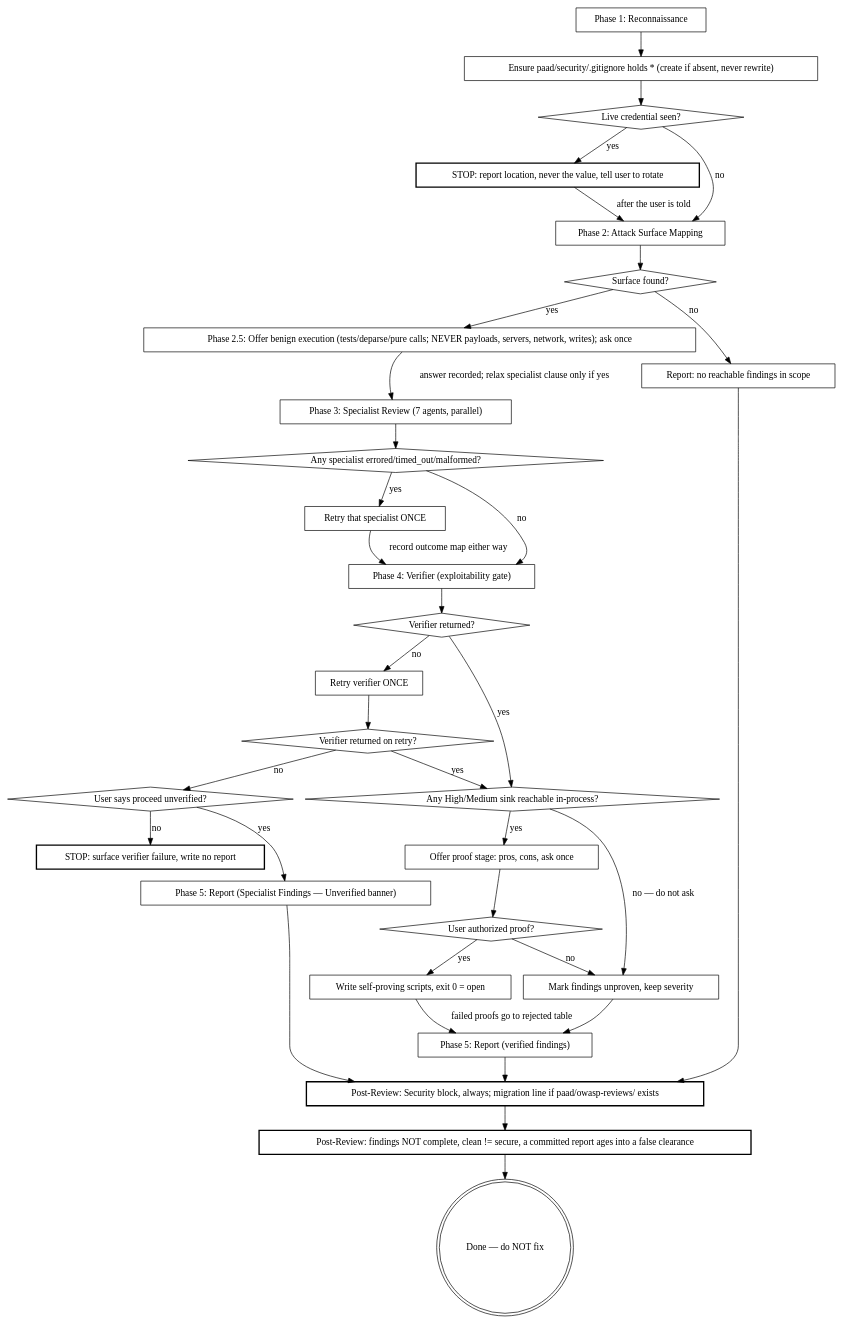
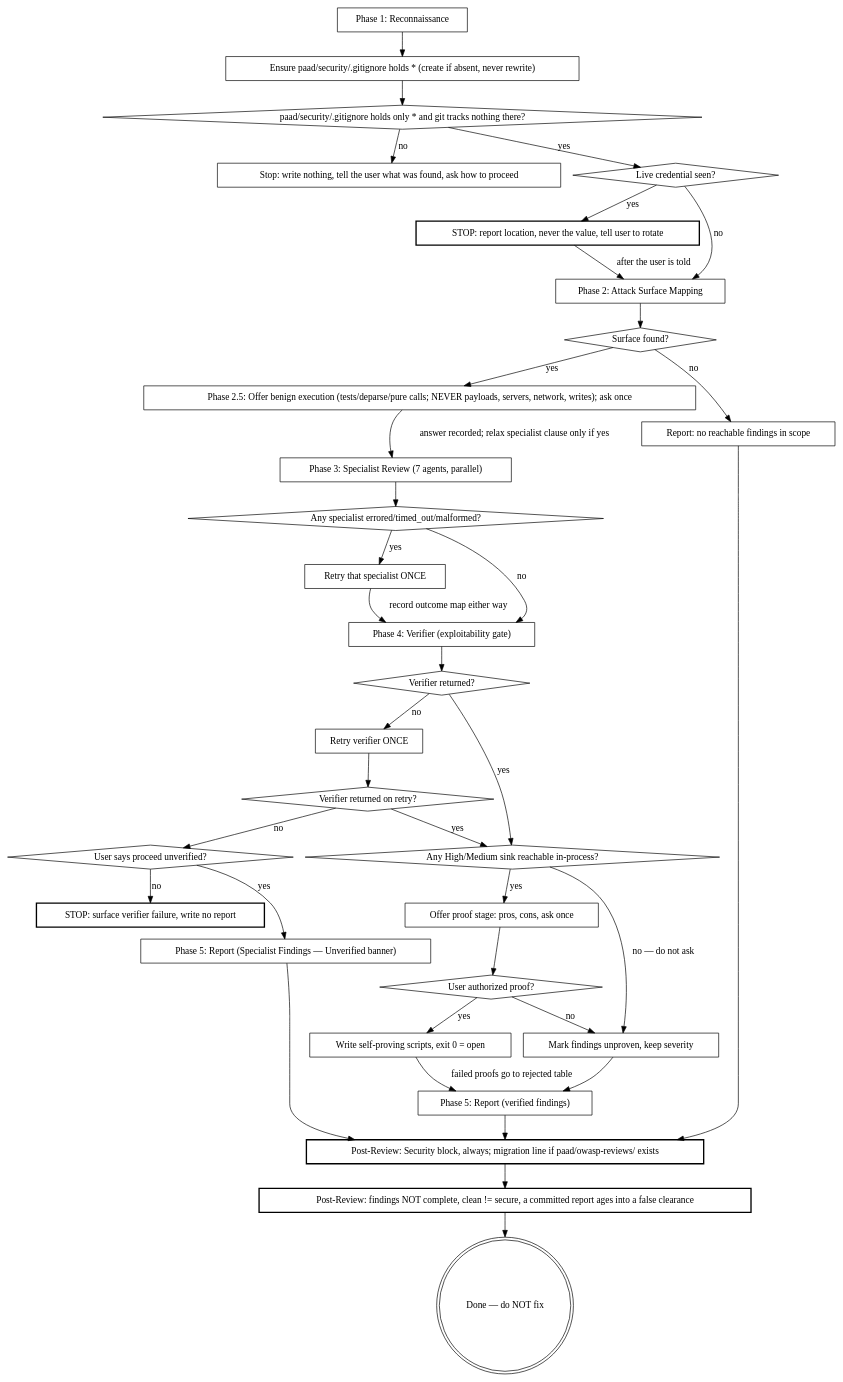
Before and after one commit to Ovid/paad: the second of 3 diagrams in preview/paad/skills/agentic-owasp/SKILL.md, drawn with Graphviz. The commit also changed 5 other files, not shown here.

First line of the commit message:
Producer digraphs: gate every paad/security/ write on the .gitignore check

````diff
--- a/preview/paad/skills/agentic-owasp/SKILL.md
+++ b/preview/paad/skills/agentic-owasp/SKILL.md
@@ -99,65 +99,69 @@
 ```dot
 digraph session {
   "Phase 1: Reconnaissance" [shape=box];
   "Ensure paad/security/.gitignore holds * (create if absent, never rewrite)" [shape=box];
+  "paad/security/.gitignore holds only * and git tracks nothing there?" [shape=diamond];
+  "Stop: write nothing, tell the user what was found, ask how to proceed" [shape=box];
   "Live credential seen?" [shape=diamond];
   "STOP: report location, never the value, tell user to rotate" [shape=box, style=bold];
   "Phase 2: Attack Surface Mapping" [shape=box];
   "Surface found?" [shape=diamond];
   "Phase 3: Specialist Review (7 agents, parallel)" [shape=box];
   "Any specialist errored/timed_out/malformed?" [shape=diamond];
   "Retry that specialist ONCE" [shape=box];
   "Phase 4: Verifier (exploitability gate)" [shape=box];
   "Verifier returned?" [shape=diamond];
   "Retry verifier ONCE" [shape=box];
   "Verifier returned on retry?" [shape=diamond];
   "User says proceed unverified?" [shape=diamond];
   "STOP: surface verifier failure, write no report" [shape=box, style=bold];
   "Phase 2.5: Offer benign execution (tests/deparse/pure calls; NEVER payloads, servers, network, writes); ask once" [shape=box];
   "Any High/Medium sink reachable in-process?" [shape=diamond];
   "Offer proof stage: pros, cons, ask once" [shape=box];
   "User authorized proof?" [shape=diamond];
   "Write self-proving scripts, exit 0 = open" [shape=box];
   "Mark findings unproven, keep severity" [shape=box];
   "Phase 5: Report (verified findings)" [shape=box];
   "Phase 5: Report (Specialist Findings — Unverified banner)" [shape=box];
   "Report: no reachable findings in scope" [shape=box];
   "Post-Review: Security block, always; migration line if paad/owasp-reviews/ exists" [shape=box, style=bold];
   "Post-Review: findings NOT complete, clean != secure, a committed report ages into a false clearance" [shape=box, style=bold];
   "Done — do NOT fix" [shape=doublecircle];
 
   "Phase 1: Reconnaissance" -> "Ensure paad/security/.gitignore holds * (create if absent, never rewrite)";
-  "Ensure paad/security/.gitignore holds * (create if absent, never rewrite)" -> "Live credential seen?";
+  "Ensure paad/security/.gitignore holds * (create if absent, never rewrite)" -> "paad/security/.gitignore holds only * and git tracks nothing there?";
+  "paad/security/.gitignore holds only * and git tracks nothing there?" -> "Live credential seen?" [label="yes"];
+  "paad/security/.gitignore holds only * and git tracks nothing there?" -> "Stop: write nothing, tell the user what was found, ask how to proceed" [label="no"];
   "Live credential seen?" -> "STOP: report location, never the value, tell user to rotate" [label="yes"];
   "STOP: report location, never the value, tell user to rotate" -> "Phase 2: Attack Surface Mapping" [label="after the user is told"];
   "Live credential seen?" -> "Phase 2: Attack Surface Mapping" [label="no"];
   "Phase 2: Attack Surface Mapping" -> "Surface found?";
   "Surface found?" -> "Report: no reachable findings in scope" [label="no"];
   "Surface found?" -> "Phase 2.5: Offer benign execution (tests/deparse/pure calls; NEVER payloads, servers, network, writes); ask once" [label="yes"];
   "Phase 2.5: Offer benign execution (tests/deparse/pure calls; NEVER payloads, servers, network, writes); ask once" -> "Phase 3: Specialist Review (7 agents, parallel)" [label="answer recorded; relax specialist clause only if yes"];
   "Phase 3: Specialist Review (7 agents, parallel)" -> "Any specialist errored/timed_out/malformed?";
   "Any specialist errored/timed_out/malformed?" -> "Retry that specialist ONCE" [label="yes"];
   "Retry that specialist ONCE" -> "Phase 4: Verifier (exploitability gate)" [label="record outcome map either way"];
   "Any specialist errored/timed_out/malformed?" -> "Phase 4: Verifier (exploitability gate)" [label="no"];
   "Phase 4: Verifier (exploitability gate)" -> "Verifier returned?";
   "Verifier returned?" -> "Any High/Medium sink reachable in-process?" [label="yes"];
   "Verifier returned?" -> "Retry verifier ONCE" [label="no"];
   "Retry verifier ONCE" -> "Verifier returned on retry?";
   "Verifier returned on retry?" -> "Any High/Medium sink reachable in-process?" [label="yes"];
   "Verifier returned on retry?" -> "User says proceed unverified?" [label="no"];
   "User says proceed unverified?" -> "Phase 5: Report (Specialist Findings — Unverified banner)" [label="yes"];
   "User says proceed unverified?" -> "STOP: surface verifier failure, write no report" [label="no"];
   "Any High/Medium sink reachable in-process?" -> "Offer proof stage: pros, cons, ask once" [label="yes"];
   "Any High/Medium sink reachable in-process?" -> "Mark findings unproven, keep severity" [label="no — do not ask"];
   "Offer proof stage: pros, cons, ask once" -> "User authorized proof?";
   "User authorized proof?" -> "Write self-proving scripts, exit 0 = open" [label="yes"];
   "User authorized proof?" -> "Mark findings unproven, keep severity" [label="no"];
   "Write self-proving scripts, exit 0 = open" -> "Phase 5: Report (verified findings)" [label="failed proofs go to rejected table"];
   "Mark findings unproven, keep severity" -> "Phase 5: Report (verified findings)";
   "Report: no reachable findings in scope" -> "Post-Review: Security block, always; migration line if paad/owasp-reviews/ exists";
   "Phase 5: Report (verified findings)" -> "Post-Review: Security block, always; migration line if paad/owasp-reviews/ exists";
   "Phase 5: Report (Specialist Findings — Unverified banner)" -> "Post-Review: Security block, always; migration line if paad/owasp-reviews/ exists";
   "Post-Review: Security block, always; migration line if paad/owasp-reviews/ exists" -> "Post-Review: findings NOT complete, clean != secure, a committed report ages into a false clearance";
   "Post-Review: findings NOT complete, clean != secure, a committed report ages into a false clearance" -> "Done — do NOT fix";
 }
 ```
````
